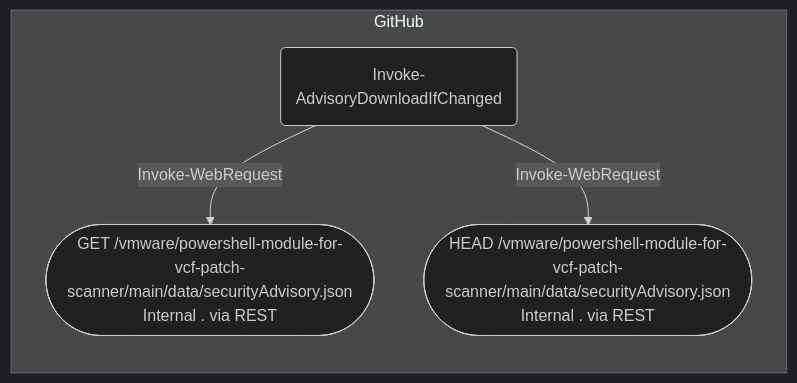
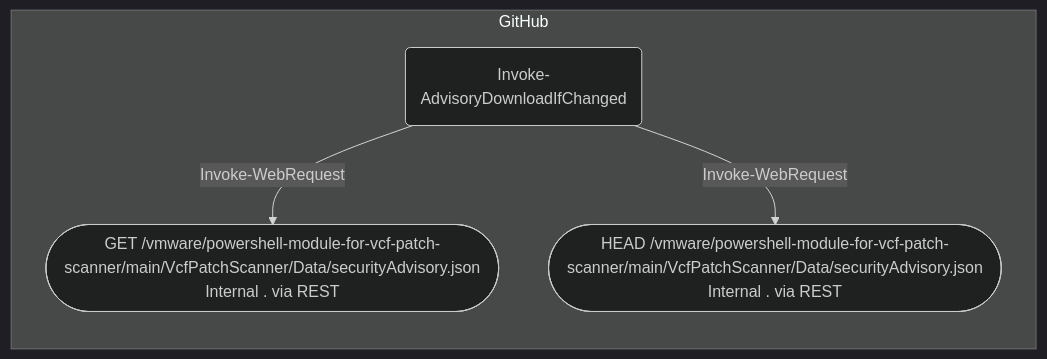
Before and after one commit to vmware/powershell-module-for-vcf-patch-scanner: the third of 8 diagrams in VcfPatchScanner/Docs/api-graph.md, drawn with Mermaid (dark theme). The commit also changed other lines of this file and 3 other files, not shown here.

````diff
--- a/VcfPatchScanner/Docs/api-graph.md
+++ b/VcfPatchScanner/Docs/api-graph.md
@@ -163,10 +169,10 @@
 ```mermaid
 flowchart TB
     subgraph GitHubSub ["GitHub"]
       direction TB
-      ep1(["GET /vmware/powershell-module-for-vcf-patch-scanner/main/data/securityAdvisory.json<br/>Internal . via REST"])
-      ep2(["HEAD /vmware/powershell-module-for-vcf-patch-scanner/main/data/securityAdvisory.json<br/>Internal . via REST"])
+      ep1(["GET /vmware/powershell-module-for-vcf-patch-scanner/main/VcfPatchScanner/Data/securityAdvisory.json<br/>Internal . via REST"])
+      ep2(["HEAD /vmware/powershell-module-for-vcf-patch-scanner/main/VcfPatchScanner/Data/securityAdvisory.json<br/>Internal . via REST"])
       fn1("Invoke-AdvisoryDownloadIfChanged") -->|"Invoke-WebRequest"| ep2
       fn1("Invoke-AdvisoryDownloadIfChanged") -->|"Invoke-WebRequest"| ep1
     end
 ```
````
